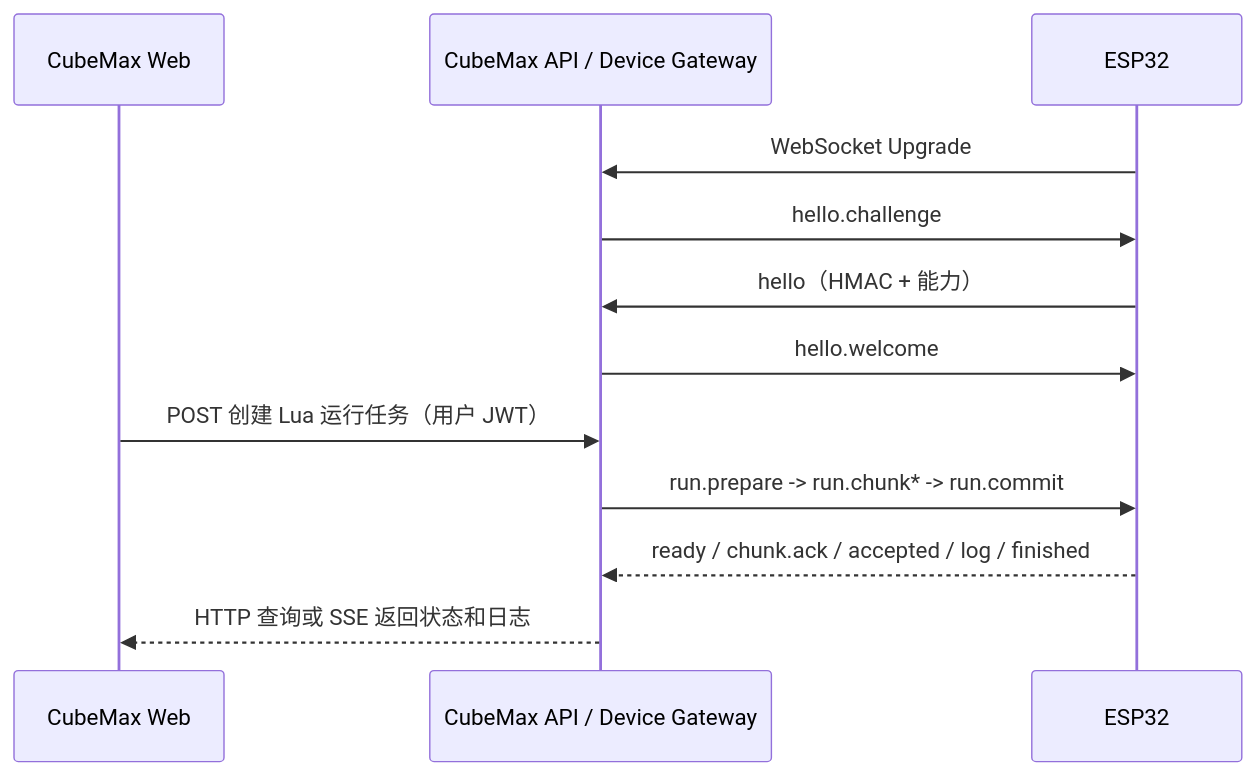
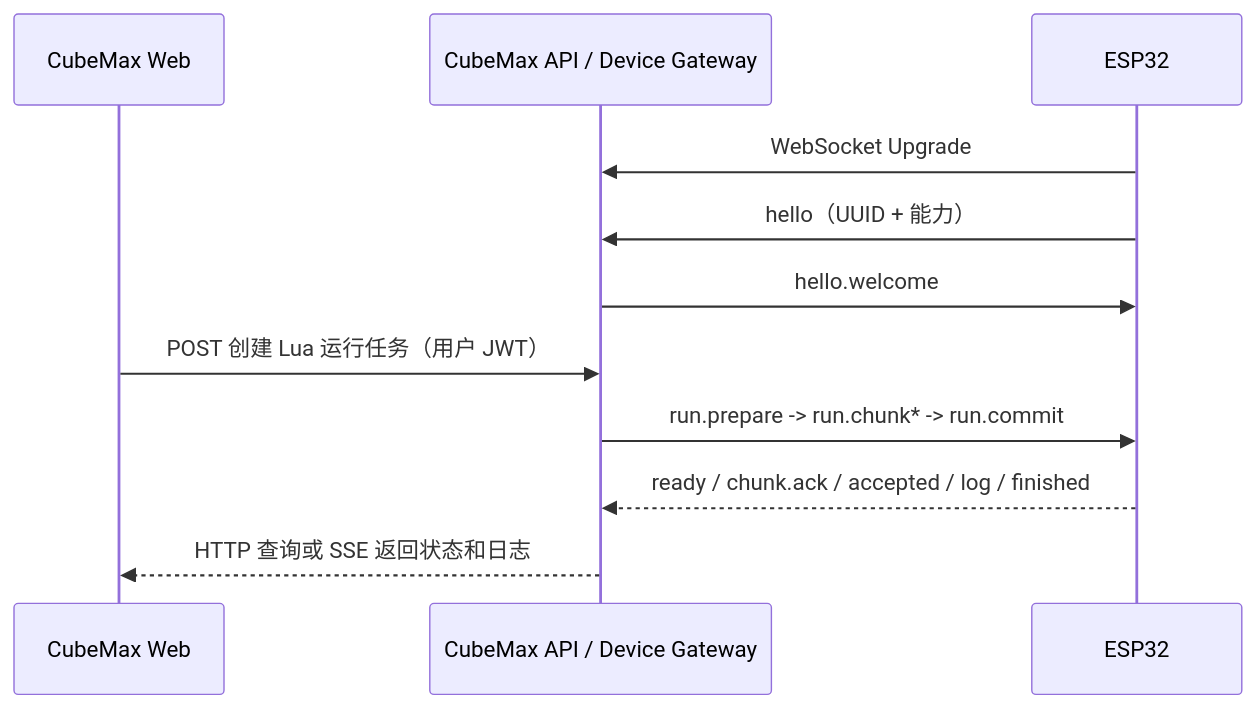
Before and after one commit to xzgzszrh/CubeMax: the diagram in docs/esp32-lua-websocket-protocol.md, drawn with Mermaid. The commit also changed other lines of this file and 22 other files, not shown here.

```diff
--- a/docs/esp32-lua-websocket-protocol.md
+++ b/docs/esp32-lua-websocket-protocol.md
@@ -21,14 +21,13 @@
 ~~~mermaid
 sequenceDiagram
   participant Web as CubeMax Web
   participant API as CubeMax API / Device Gateway
   participant ESP as ESP32
   ESP->>API: WebSocket Upgrade
-  API->>ESP: hello.challenge
-  ESP->>API: hello（HMAC + 能力）
+  ESP->>API: hello（UUID + 能力）
   API->>ESP: hello.welcome
   Web->>API: POST 创建 Lua 运行任务（用户 JWT）
   API->>ESP: run.prepare -> run.chunk* -> run.commit
   ESP-->>API: ready / chunk.ack / accepted / log / finished
   API-->>Web: HTTP 查询或 SSE 返回状态和日志
 ~~~
```
